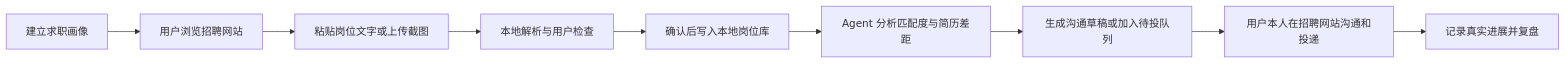
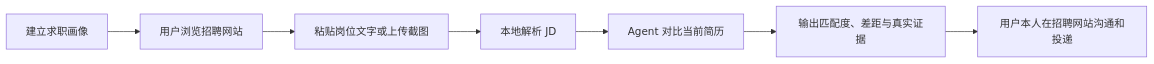
Before and after one commit to Xiaolang-d3/CareerLoop: the diagram in README.md, drawn with Mermaid. The commit also changed other lines of this file and 67 other files, not shown here.

````diff
--- a/README.md
+++ b/README.md
@@ -9,11 +9,9 @@
 ```mermaid
 flowchart LR
     A[建立求职画像] --> B[用户浏览招聘网站]
     B --> C[粘贴岗位文字或上传截图]
-    C --> D[本地解析与用户检查]
-    D --> E[确认后写入本地岗位库]
-    E --> F[Agent 分析匹配度与简历差距]
-    F --> G[生成沟通草稿或加入待投队列]
-    G --> H[用户本人在招聘网站沟通和投递]
-    H --> I[记录真实进展并复盘]
+    C --> D[本地解析 JD]
+    D --> E[Agent 对比当前简历]
+    E --> F[输出匹配度、差距与真实证据]
+    F --> G[用户本人在招聘网站沟通和投递]
 ```
````
